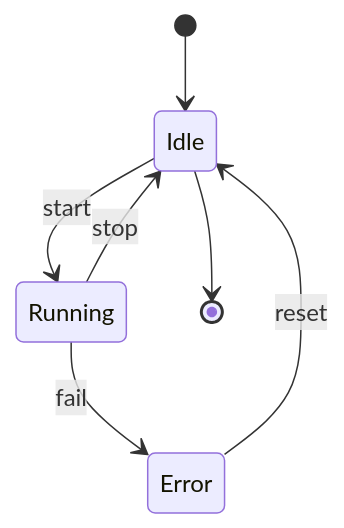
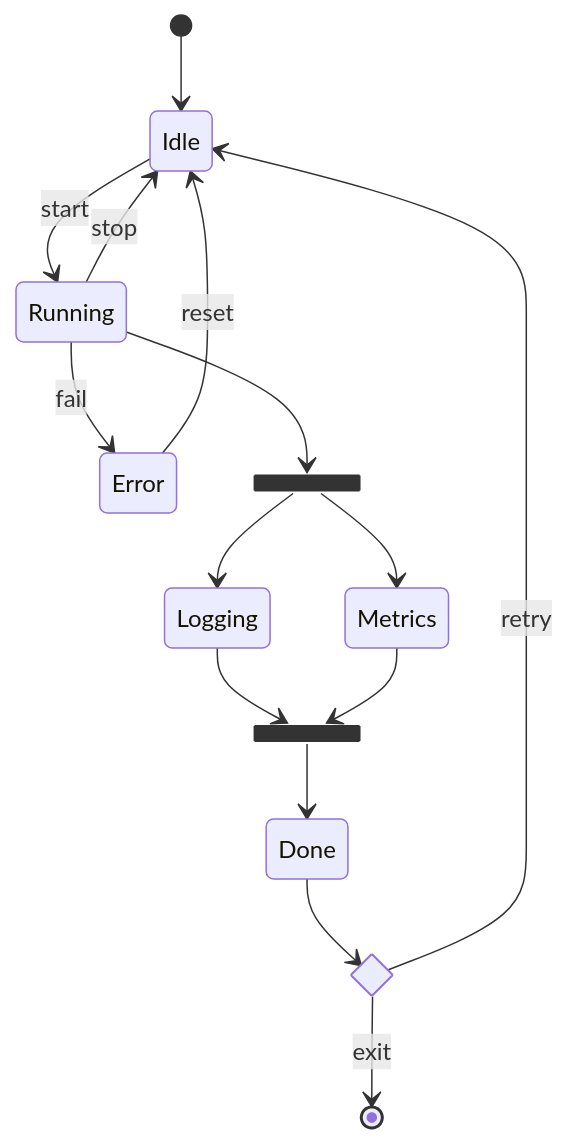
The diagram in examples/state.mmd (sc2in/pozeiden), drawn with Mermaid before and after one commit. The commit also changed 20 other files, not shown here.

```diff
--- a/examples/state.mmd
+++ b/examples/state.mmd
@@ -1,7 +1,18 @@
 stateDiagram-v2
     [*] --> Idle
     Idle --> Running : start
     Running --> Idle : stop
     Running --> Error : fail
     Error --> Idle : reset
-    Idle --> [*]
+    state fork1 <<fork>>
+    state join1 <<join>>
+    state choice1 <<choice>>
+    Running --> fork1
+    fork1 --> Logging
+    fork1 --> Metrics
+    Logging --> join1
+    Metrics --> join1
+    join1 --> Done
+    Done --> choice1
+    choice1 --> Idle : retry
+    choice1 --> [*] : exit
```
